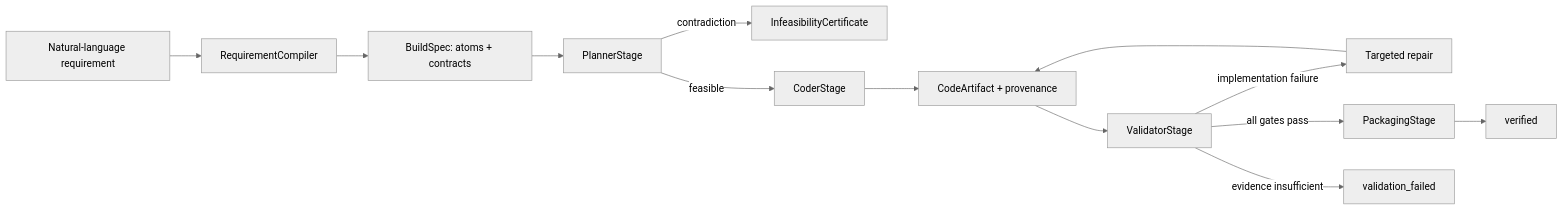
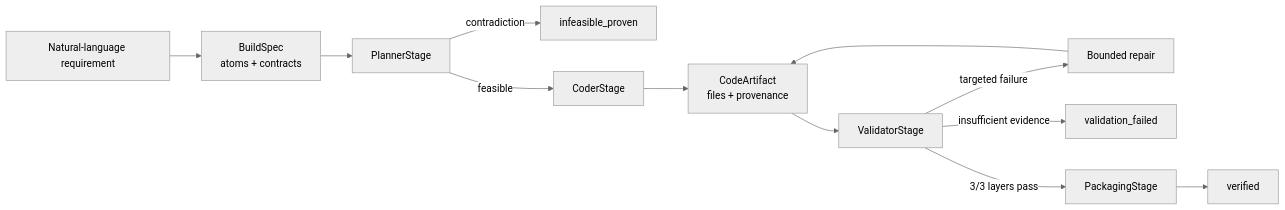
One commit to Daniele-Cangi/Derivative changed the diagram in README.md. Above: the diagram before and after it, drawn with Mermaid (neutral theme). The commit also changed other lines of this file and 3 other files, not shown here.

````diff
--- a/README.md
+++ b/README.md
@@ -100,15 +71,14 @@
 ```mermaid
 flowchart LR
-    R["Natural-language requirement"] --> RC["RequirementCompiler"]
-    RC --> B["BuildSpec: atoms + contracts"]
+    R["Natural-language requirement"] --> B["BuildSpec<br/>atoms + contracts"]
     B --> P["PlannerStage"]
-    P -->|contradiction| I["InfeasibilityCertificate"]
+    P -->|contradiction| I["infeasible_proven"]
     P -->|feasible| C["CoderStage"]
-    C --> A["CodeArtifact + provenance"]
+    C --> A["CodeArtifact<br/>files + provenance"]
     A --> V["ValidatorStage"]
-    V -->|implementation failure| RP["Targeted repair"]
-    RP --> A
-    V -->|all gates pass| PKG["PackagingStage"]
-    V -->|evidence insufficient| F["validation_failed"]
-    PKG --> OK["verified"]
+    V -->|targeted failure| X["Bounded repair"]
+    X --> A
+    V -->|insufficient evidence| F["validation_failed"]
+    V -->|3/3 layers pass| K["PackagingStage"]
+    K --> O["verified"]
 ```
````
